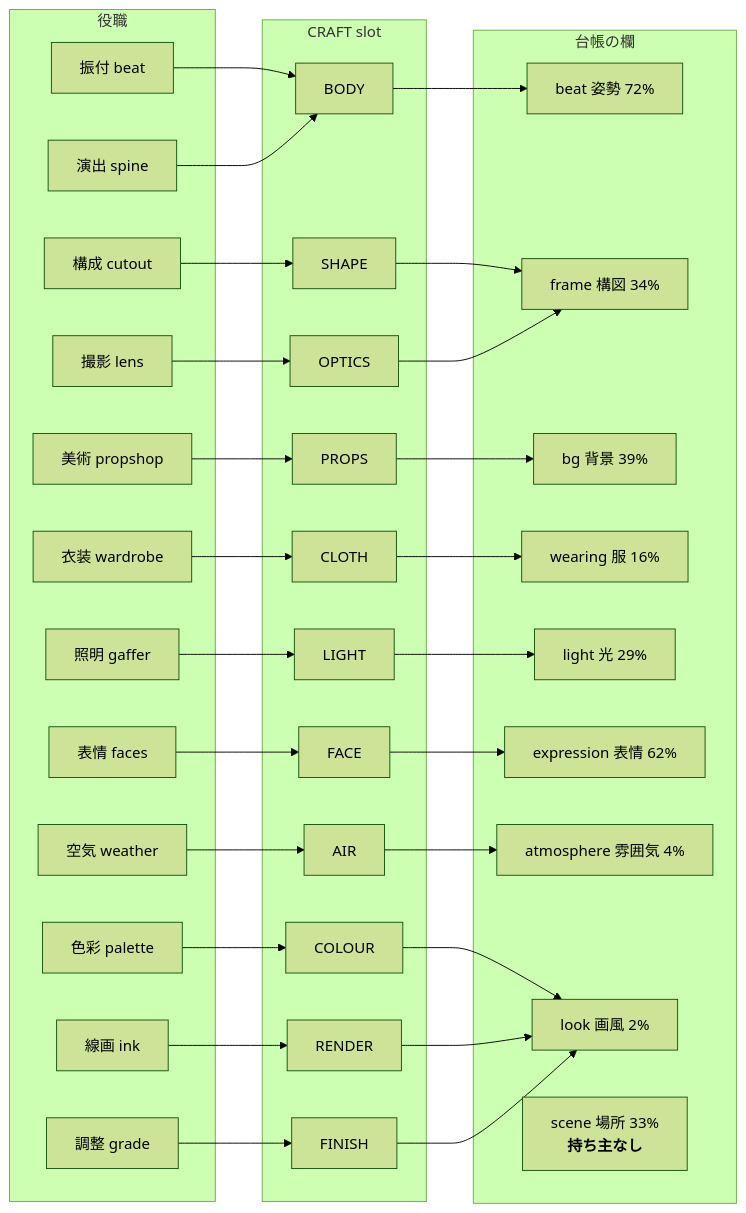
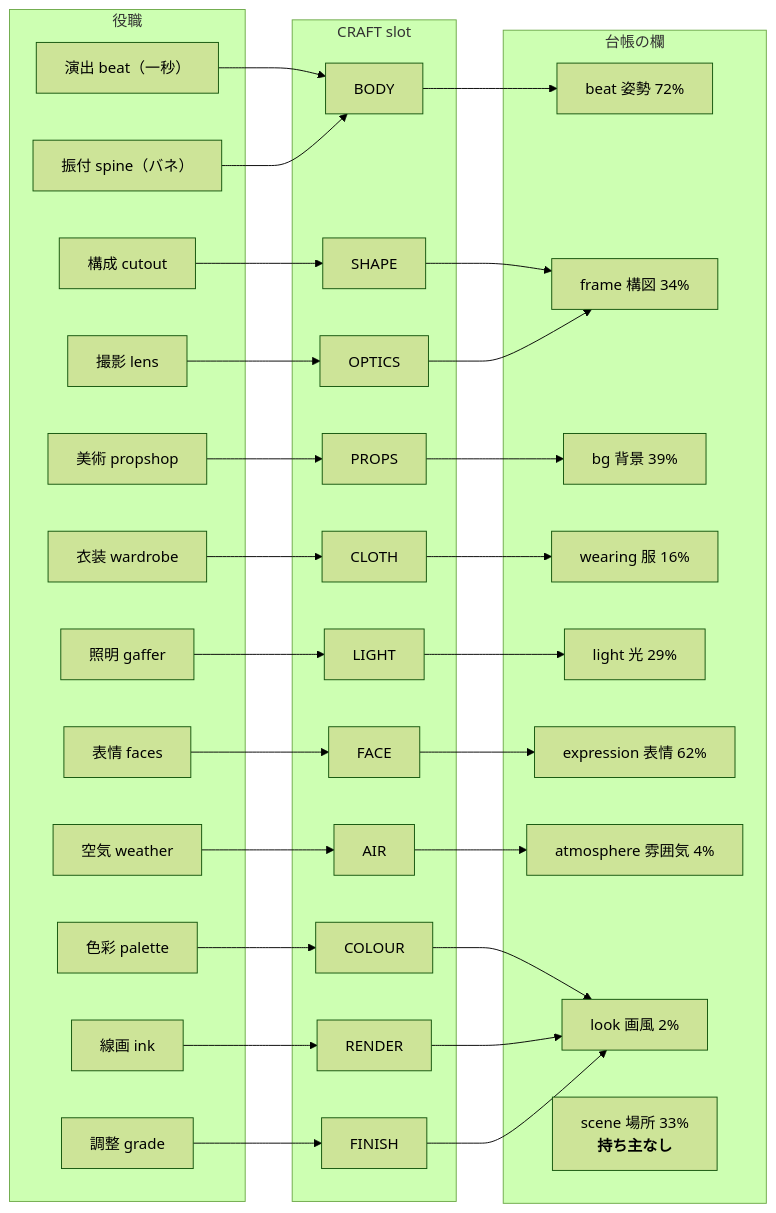
Before and after one commit to ranbell/ranbell_image: the fourth of 6 diagrams in docs/tech/muse.ja.md, drawn with Mermaid (forest theme). The commit also changed other lines of this file and 9 other files, not shown here.

````diff
--- a/docs/tech/muse.ja.md
+++ b/docs/tech/muse.ja.md
@@ -140,44 +140,44 @@
 ```mermaid
 flowchart LR
     subgraph SEATS["役職"]
-        beat["振付 beat"]
-        spine["演出 spine"]
+        beat["演出 beat（一秒）"]
+        spine["振付 spine（バネ）"]
         cutout["構成 cutout"]
         lens["撮影 lens"]
         propshop["美術 propshop"]
         wardrobe["衣装 wardrobe"]
         gaffer["照明 gaffer"]
         faces["表情 faces"]
         weather["空気 weather"]
         palette["色彩 palette"]
         ink["線画 ink"]
         grade["調整 grade"]
     end
     subgraph SLOT["CRAFT slot"]
         BODY; SHAPE; OPTICS; PROPS; CLOTH; LIGHT; FACE; AIR; COLOUR; RENDER; FINISH
     end
     subgraph FIELD["台帳の欄"]
         F_beat["beat 姿勢 72%"]
         F_frame["frame 構図 34%"]
         F_bg["bg 背景 39%"]
         F_wear["wearing 服 16%"]
         F_light["light 光 29%"]
         F_expr["expression 表情 62%"]
         F_atm["atmosphere 雰囲気 4%"]
         F_look["look 画風 2%"]
         F_scene["scene 場所 33%<br/><b>持ち主なし</b>"]
     end
 
     beat --> BODY --> F_beat
     spine --> BODY
     cutout --> SHAPE --> F_frame
     lens --> OPTICS --> F_frame
     propshop --> PROPS --> F_bg
     wardrobe --> CLOTH --> F_wear
     gaffer --> LIGHT --> F_light
     faces --> FACE --> F_expr
     weather --> AIR --> F_atm
     palette --> COLOUR --> F_look
     ink --> RENDER --> F_look
     grade --> FINISH --> F_look
 ```
````
